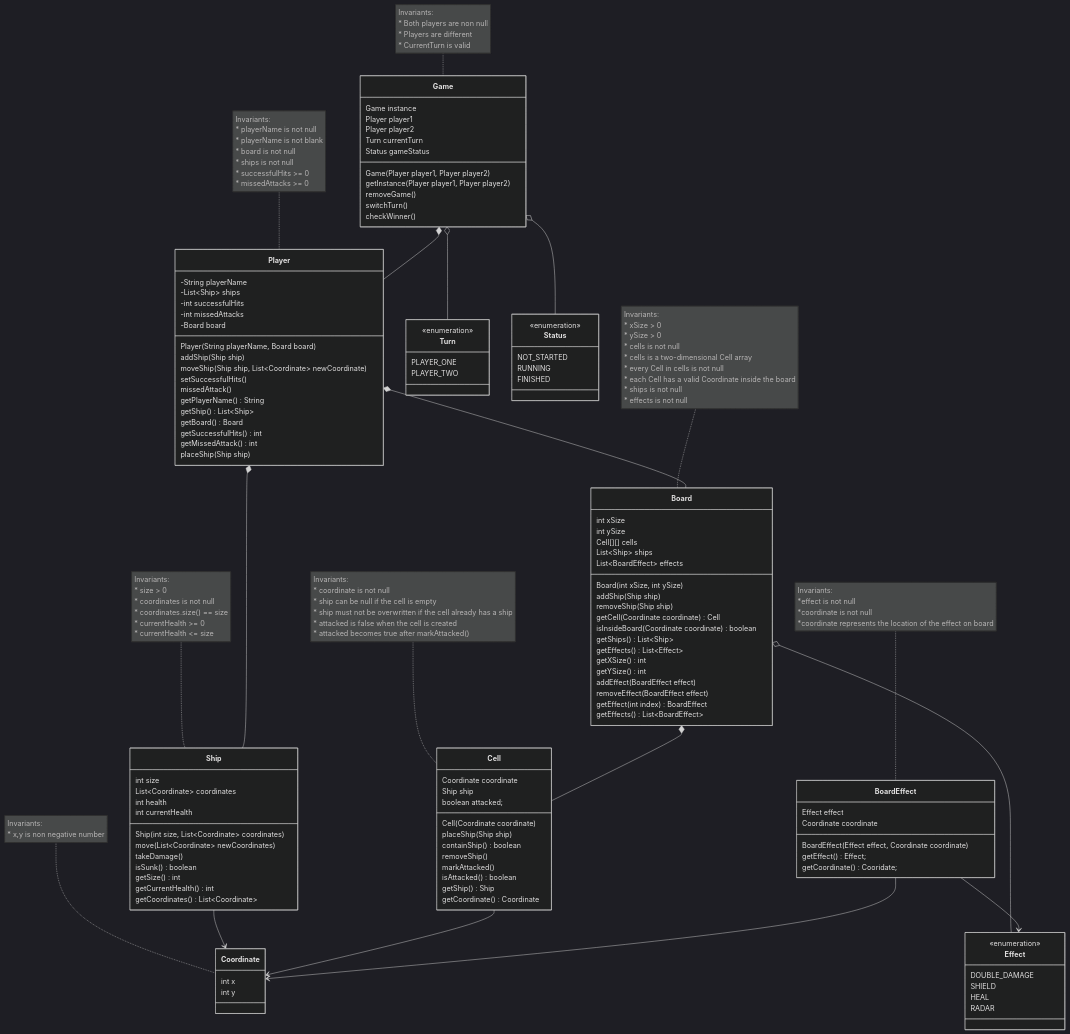
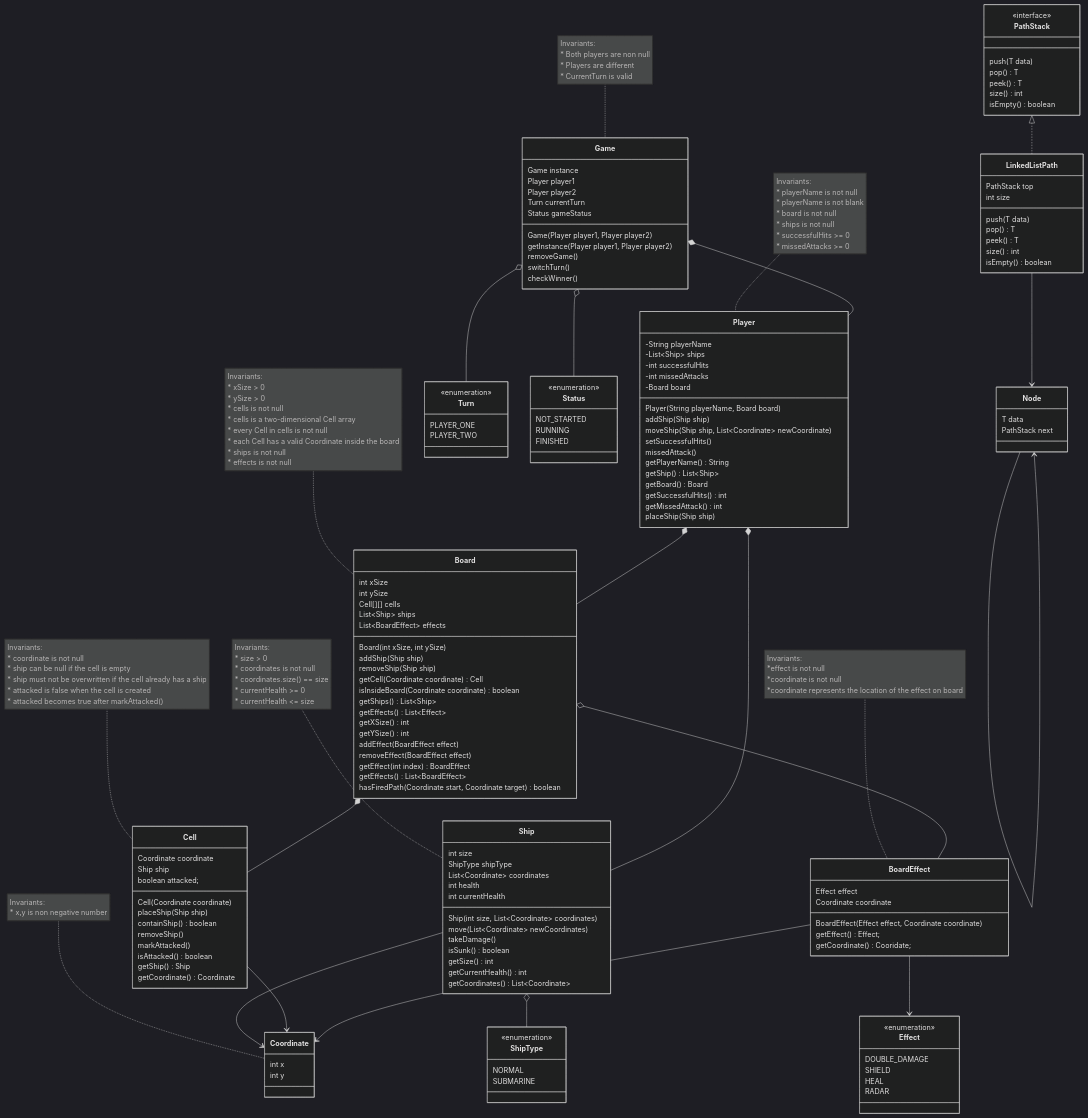
The seventh of 7 diagrams in README.md (ThienTang923/COMP-2450-Battleship), drawn with Mermaid (dark theme) before and after one commit. The commit also changed other lines of this file, not shown here.

Commit message:
Create `hasFirePath(Coordinate start, Coordinate target) boolean` method to check for the submarine ship Create `Node`, `PathStack`, `LinkedListPath` to use my own linked list data structure

```diff
--- a/README.md
+++ b/README.md
@@ -274,6 +276,7 @@
         removeEffect(BoardEffect effect)
         getEffect(int index) BoardEffect
         getEffects() List~BoardEffect~
+        hasFiredPath(Coordinate start, Coordinate target) boolean
     }
 
     note for Board "Invariants:
@@ -300,8 +303,14 @@
         *coordinate is not null
         *coordinate represents the location of the effect on board
     "
+    class ShipType {
+        <<enumeration>>
+        NORMAL
+        SUBMARINE
+    }
     class Ship {
         int size
+        ShipType shipType
         List~Coordinate~ coordinates
         int health
         int currentHealth
@@ -395,13 +404,42 @@
         * Players are different
         * CurrentTurn is valid
     "
+    class PathStack {
+        <<interface>>
+        push(T data)
+        pop() T
+        peek() T
+        size() int
+        isEmpty() boolean
+    }
+    
+    class LinkedListPath {
+        PathStack top
+        int size
+        
+        push(T data)
+        pop() T
+        peek() T
+        size() int
+        isEmpty() boolean
+    }
+    
+    class Node {
+        T data 
+        PathStack next
+    }
+    PathStack <|.. LinkedListPath
+    LinkedListPath --> Node
+    Node-->Node
+    
     Game *-- Player
     Player *-- Ship
     Player *-- Board
     Board *-- Cell
     Ship --> Coordinate
+    Ship o-- ShipType
     Cell --> Coordinate
-    Board o-- Effect
+    Board o-- BoardEffect
     Game o-- Turn
     Game o-- Status
     BoardEffect --> Effect
```
